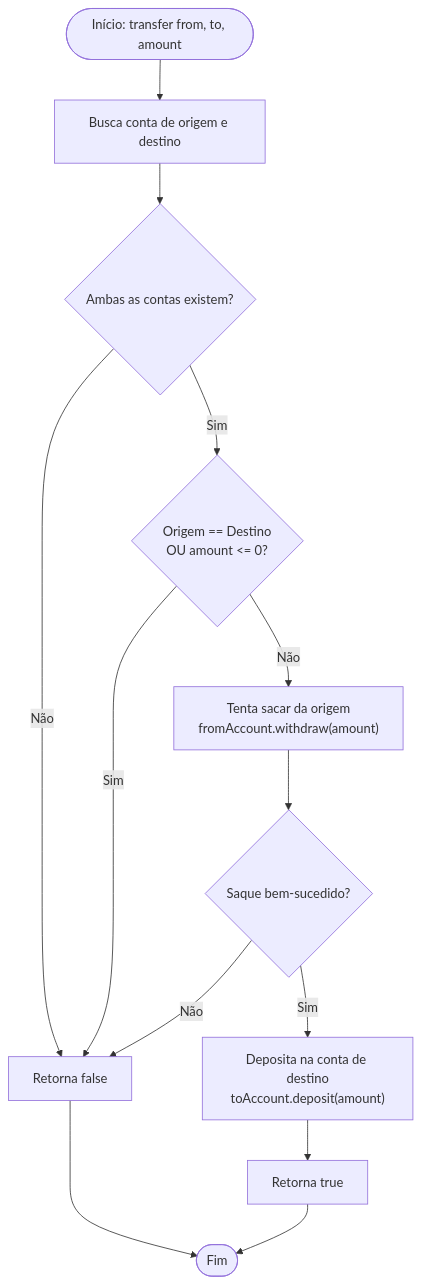
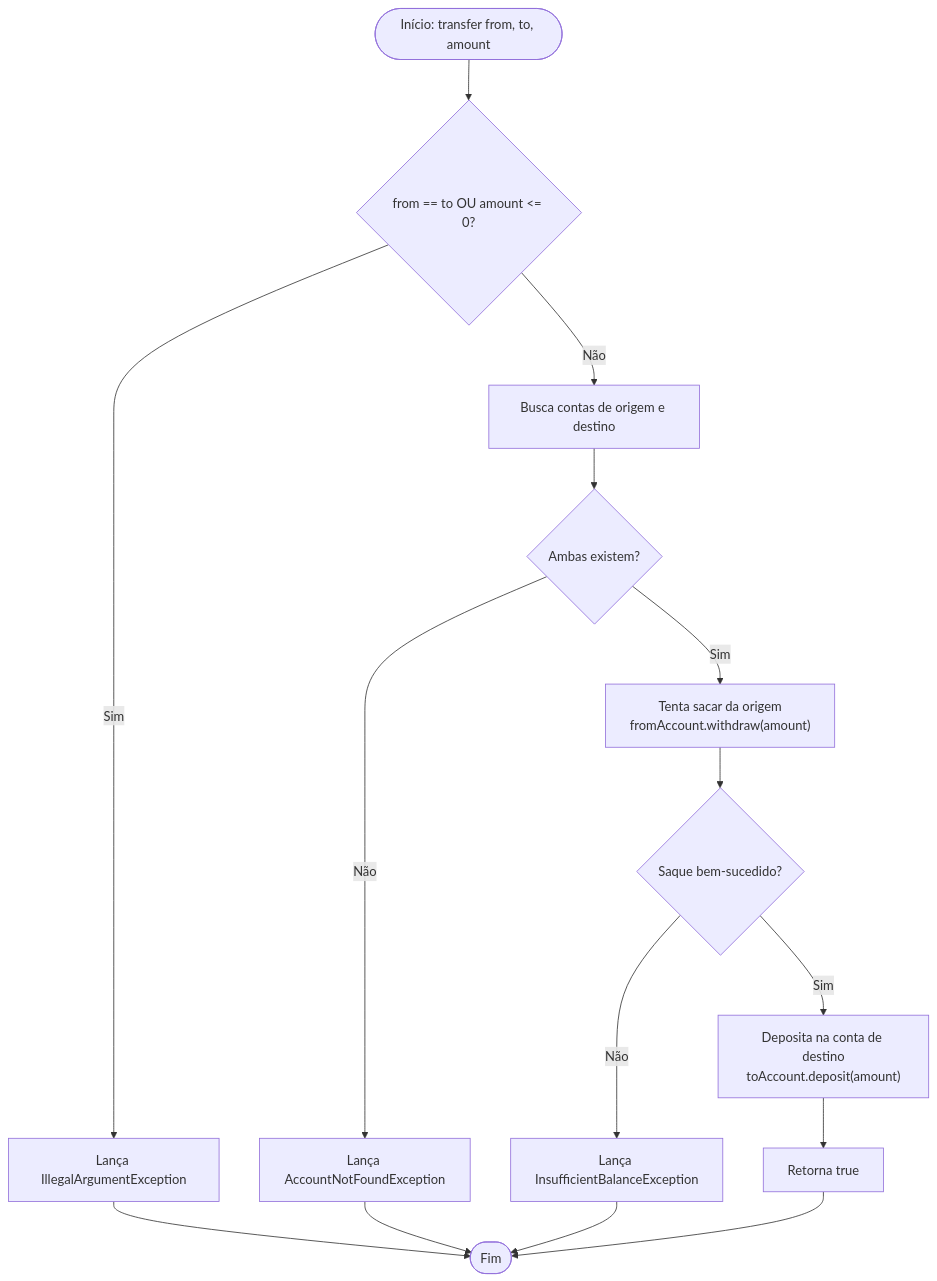
Before and after one commit to guiassys/nubank-training: the third of 4 diagrams in doc/architecture/mermaid_level_1.md, drawn with Mermaid. The commit also changed other lines of this file and 3 other files, not shown here.

Commit message:
fix: add exceptions in mermaid diagrans

````diff
--- a/doc/architecture/mermaid_level_1.md
+++ b/doc/architecture/mermaid_level_1.md
@@ -36,21 +36,22 @@
 ```mermaid
 flowchart TD
-    Start([Início: transfer from, to, amount]) --> GetAccounts[Busca conta de origem e destino]
+    Start([Início: transfer from, to, amount]) --> ValidateInput{from == to OU amount <= 0?}
+    ValidateInput -- Sim --> ThrowException[Lança IllegalArgumentException]
+
+    ValidateInput -- Não --> GetAccounts[Busca contas de origem e destino]
+    GetAccounts --> CheckAccounts{Ambas existem?}
+    CheckAccounts -- Não --> ThrowNotFound[Lança AccountNotFoundException]
     
-    GetAccounts --> CheckAccounts{Ambas as contas existem?}
-    CheckAccounts -- Não --> ReturnFalse[Retorna false]
-    
-    CheckAccounts -- Sim --> ValidateInput{Origem == Destino\nOU amount <= 0?}
-    ValidateInput -- Sim --> ReturnFalse
-    
-    ValidateInput -- Não --> Withdraw["Tenta sacar da origem\nfromAccount.withdraw(amount)"]
+    CheckAccounts -- Sim --> Withdraw["Tenta sacar da origem\nfromAccount.withdraw(amount)"]
     
     Withdraw --> CheckWithdraw{Saque bem-sucedido?}
-    CheckWithdraw -- Não --> ReturnFalse
+    CheckWithdraw -- Não --> ThrowInsufficientBalance[Lança InsufficientBalanceException]
     
     CheckWithdraw -- Sim --> Deposit["Deposita na conta de destino\ntoAccount.deposit(amount)"]
     Deposit --> ReturnTrue[Retorna true]
 
-    ReturnFalse --> End([Fim])
+    ThrowException --> End([Fim])
+    ThrowNotFound --> End
+    ThrowInsufficientBalance --> End
     ReturnTrue --> End
 ```
````
